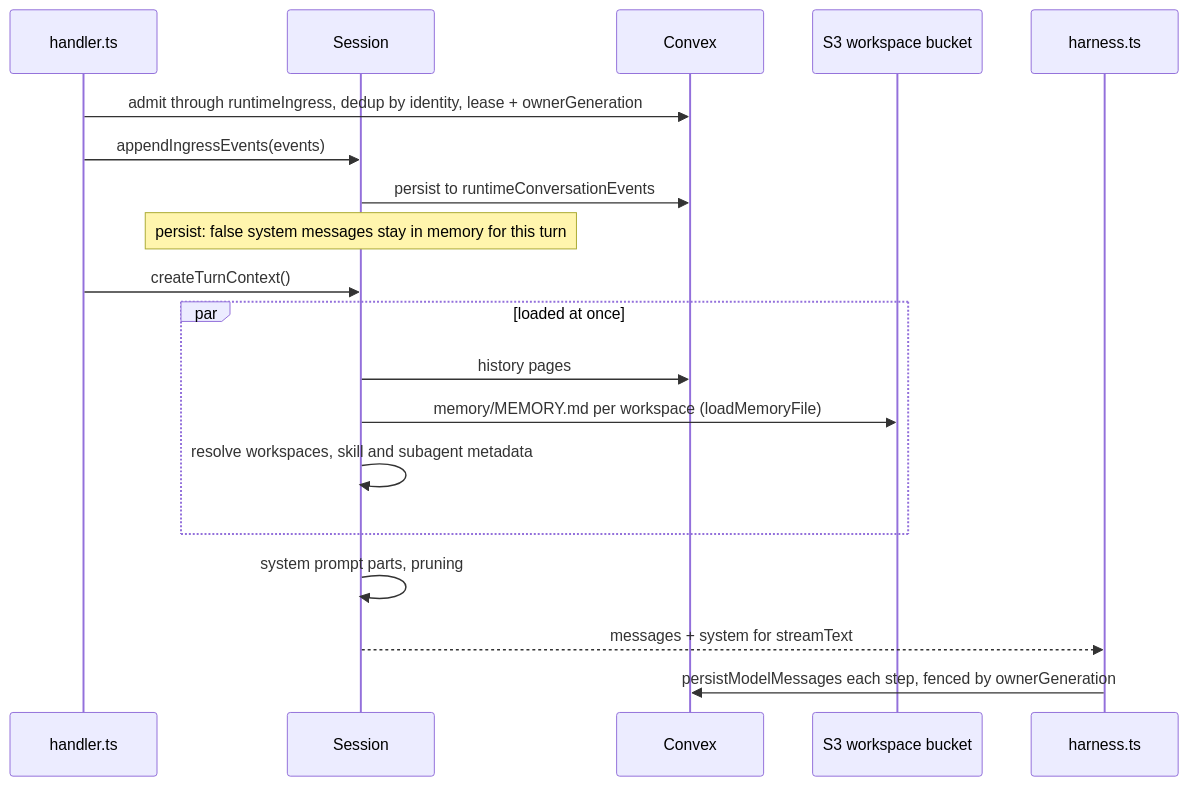
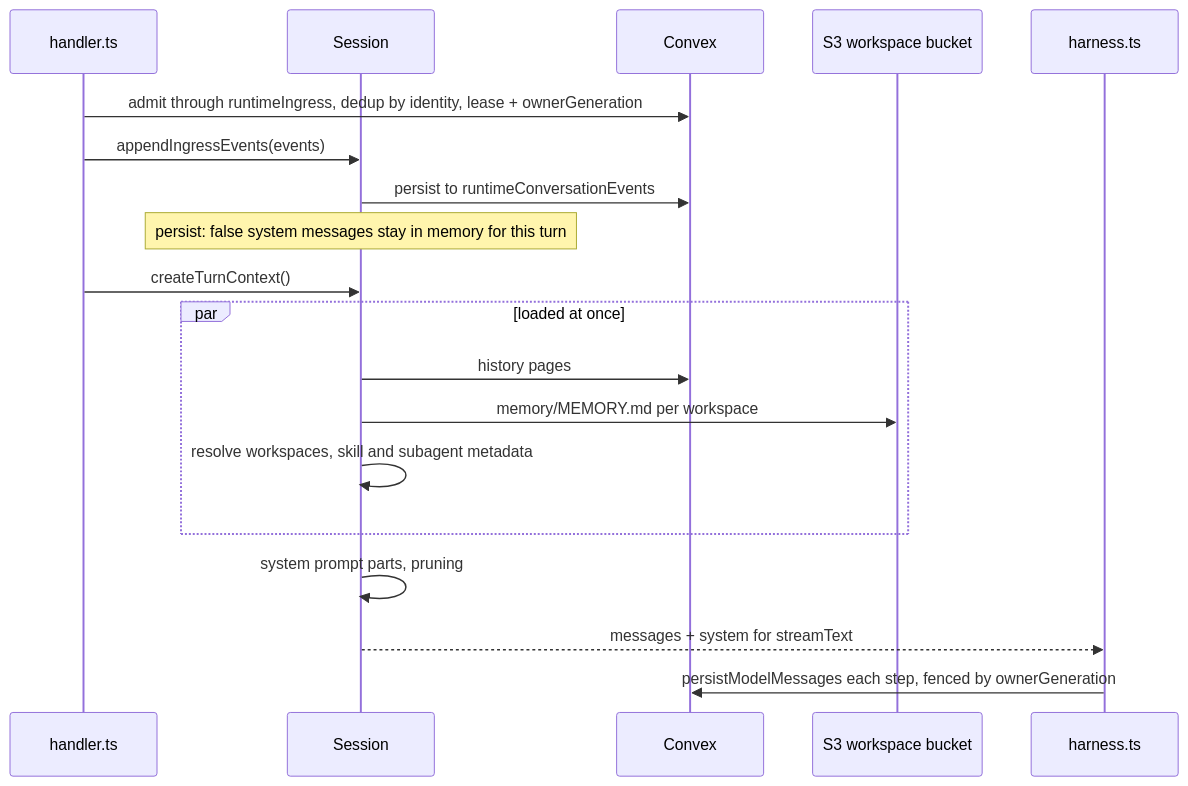
One commit to beeblastco/broods changed the sixth of 8 diagrams in apps/docs/docs/internals/storage.md. Above: the diagram before and after it, drawn with Mermaid. The commit also changed other lines of this file and 13 other files, not shown here.

First line of the commit message:
docs(internals): diagram-first rewrite of the remaining internals pages

````diff
--- a/apps/docs/docs/internals/storage.md
+++ b/apps/docs/docs/internals/storage.md
@@ -105,22 +132,22 @@
 ```mermaid
 sequenceDiagram
   participant H as handler.ts
   participant S as Session
   participant CVX as Convex
   participant S3 as S3 workspace bucket
   participant M as harness.ts
 
   H->>CVX: admit through runtimeIngress, dedup by identity, lease + ownerGeneration
   H->>S: appendIngressEvents(events)
   S->>CVX: persist to runtimeConversationEvents
   Note over S: persist: false system messages stay in memory for this turn
   H->>S: createTurnContext()
   par loaded at once
     S->>CVX: history pages
-    S->>S3: memory/MEMORY.md per workspace (loadMemoryFile)
+    S->>S3: memory/MEMORY.md per workspace
     S->>S: resolve workspaces, skill and subagent metadata
   end
   S->>S: system prompt parts, pruning
   S-->>M: messages + system for streamText
   M->>CVX: persistModelMessages each step, fenced by ownerGeneration
 ```
````
